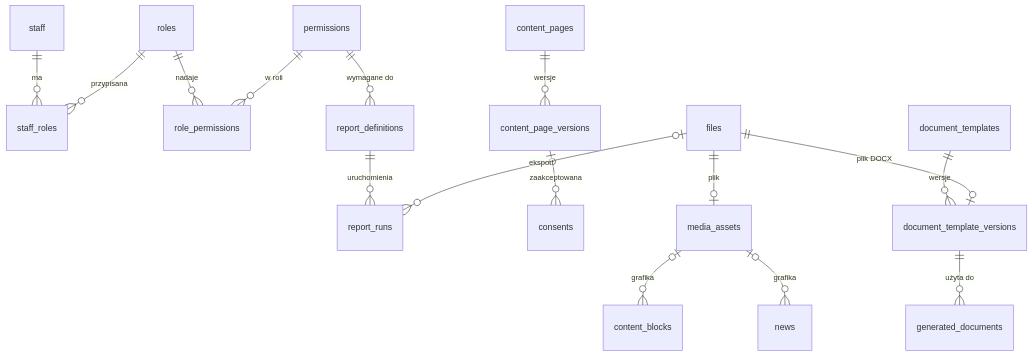
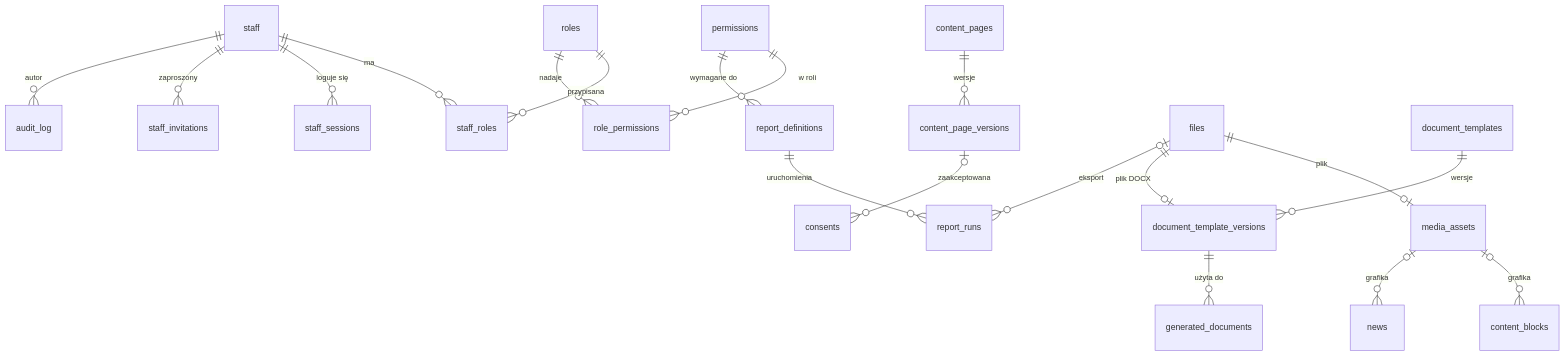
One commit to FifiLen/engineering-project changed the second of 2 diagrams in docs/model-danych/README.md. Above: the diagram before and after it, drawn with Mermaid. The commit also changed other lines of this file and 7 other files, not shown here.

````diff
--- a/docs/model-danych/README.md
+++ b/docs/model-danych/README.md
@@ -56,18 +57,21 @@
 ```mermaid
 erDiagram
     staff ||--o{ staff_roles : "ma"
+    staff ||--o{ staff_sessions : "loguje się"
+    staff ||--o{ staff_invitations : "zaproszony"
+    staff ||--o{ audit_log : "autor"
     roles ||--o{ staff_roles : "przypisana"
     roles ||--o{ role_permissions : "nadaje"
     permissions ||--o{ role_permissions : "w roli"
     permissions ||--o{ report_definitions : "wymagane do"
     report_definitions ||--o{ report_runs : "uruchomienia"
     content_pages ||--o{ content_page_versions : "wersje"
     content_page_versions |o--o{ consents : "zaakceptowana"
     files ||--o| media_assets : "plik"
     media_assets |o--o{ content_blocks : "grafika"
     media_assets |o--o{ news : "grafika"
     document_templates ||--o{ document_template_versions : "wersje"
     files ||--o| document_template_versions : "plik DOCX"
     document_template_versions ||--o{ generated_documents : "użyta do"
     files |o--o{ report_runs : "eksport"
 ```
````
